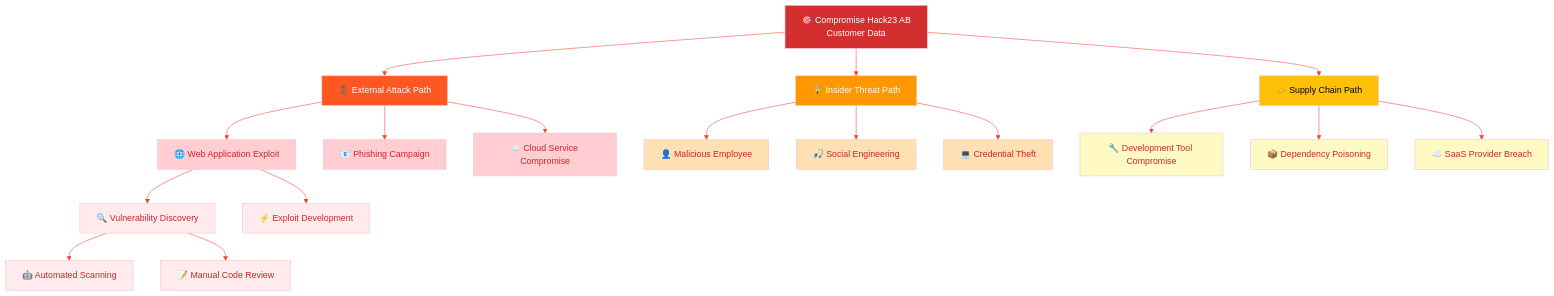
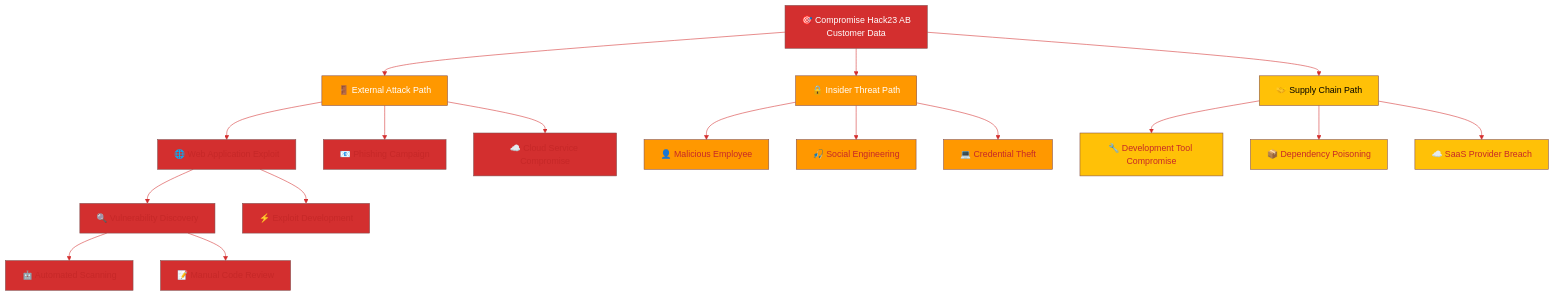
One commit to Hack23/ISMS-PUBLIC changed the second of 10 diagrams in Threat_Modeling.md. Above: the diagram before and after it, drawn with Mermaid. The commit also changed other lines of this file and 35 other files, not shown here.

````diff
--- a/Threat_Modeling.md
+++ b/Threat_Modeling.md
@@ -262,51 +262,51 @@
 ```mermaid
 %%{
   init: {
     'theme': 'base',
     'themeVariables': {
-      'primaryColor': '#ffebee',
-      'primaryTextColor': '#c62828',
-      'lineColor': '#f44336',
-      'secondaryColor': '#e8f5e9',
-      'tertiaryColor': '#fff3e0'
+      'primaryColor': '#D32F2F',
+      'primaryTextColor': '#C62828',
+      'lineColor': '#D32F2F',
+      'secondaryColor': '#4CAF50',
+      'tertiaryColor': '#FF9800'
     }
   }
 }%%
 flowchart TD
     GOAL[🎯 Compromise Hack23 AB<br/>Customer Data]
     
     GOAL --> PATH1[🚪 External Attack Path]
     GOAL --> PATH2[🔒 Insider Threat Path]
     GOAL --> PATH3[🤝 Supply Chain Path]
     
     PATH1 --> EXT1[🌐 Web Application Exploit]
     PATH1 --> EXT2[📧 Phishing Campaign]
     PATH1 --> EXT3[☁️ Cloud Service Compromise]
     
     EXT1 --> EXT1A[🔍 Vulnerability Discovery]
     EXT1 --> EXT1B[⚡ Exploit Development]
     EXT1A --> EXT1A1[🤖 Automated Scanning]
     EXT1A --> EXT1A2[📝 Manual Code Review]
     
     PATH2 --> INT1[👤 Malicious Employee]
     PATH2 --> INT2[🎣 Social Engineering]
     PATH2 --> INT3[💻 Credential Theft]
     
     PATH3 --> SUP1[🔧 Development Tool Compromise]
     PATH3 --> SUP2[📦 Dependency Poisoning]
     PATH3 --> SUP3[☁️ SaaS Provider Breach]
     
-    style GOAL fill:#d32f2f,color:#fff
-    style PATH1 fill:#ff5722,color:#fff
-    style PATH2 fill:#ff9800,color:#fff
-    style PATH3 fill:#ffc107,color:#000
-    style EXT1 fill:#ffcdd2
-    style EXT2 fill:#ffcdd2
-    style EXT3 fill:#ffcdd2
-    style INT1 fill:#ffe0b2
-    style INT2 fill:#ffe0b2
-    style INT3 fill:#ffe0b2
-    style SUP1 fill:#fff9c4
-    style SUP2 fill:#fff9c4
-    style SUP3 fill:#fff9c4
+    style GOAL fill:#D32F2F,color:#fff
+    style PATH1 fill:#FF9800,color:#fff
+    style PATH2 fill:#FF9800,color:#fff
+    style PATH3 fill:#FFC107,color:#000
+    style EXT1 fill:#D32F2F
+    style EXT2 fill:#D32F2F
+    style EXT3 fill:#D32F2F
+    style INT1 fill:#FF9800
+    style INT2 fill:#FF9800
+    style INT3 fill:#FF9800
+    style SUP1 fill:#FFC107
+    style SUP2 fill:#FFC107
+    style SUP3 fill:#FFC107
 ```
````
